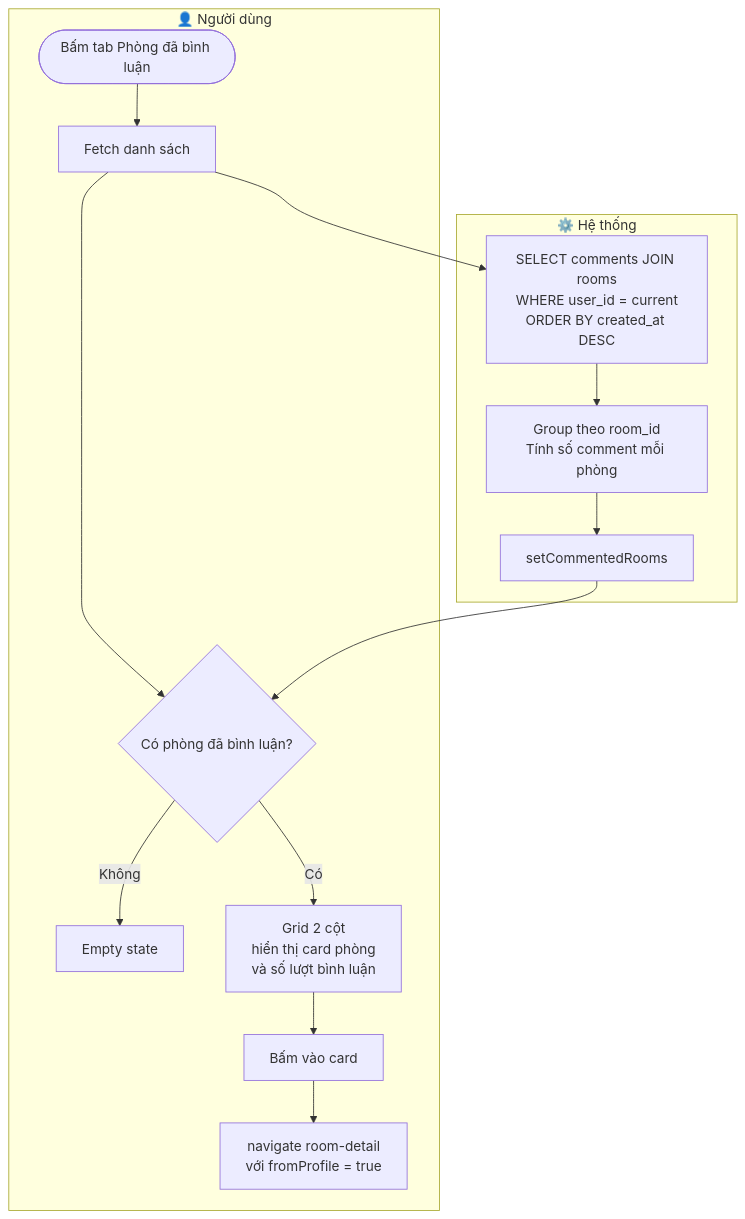
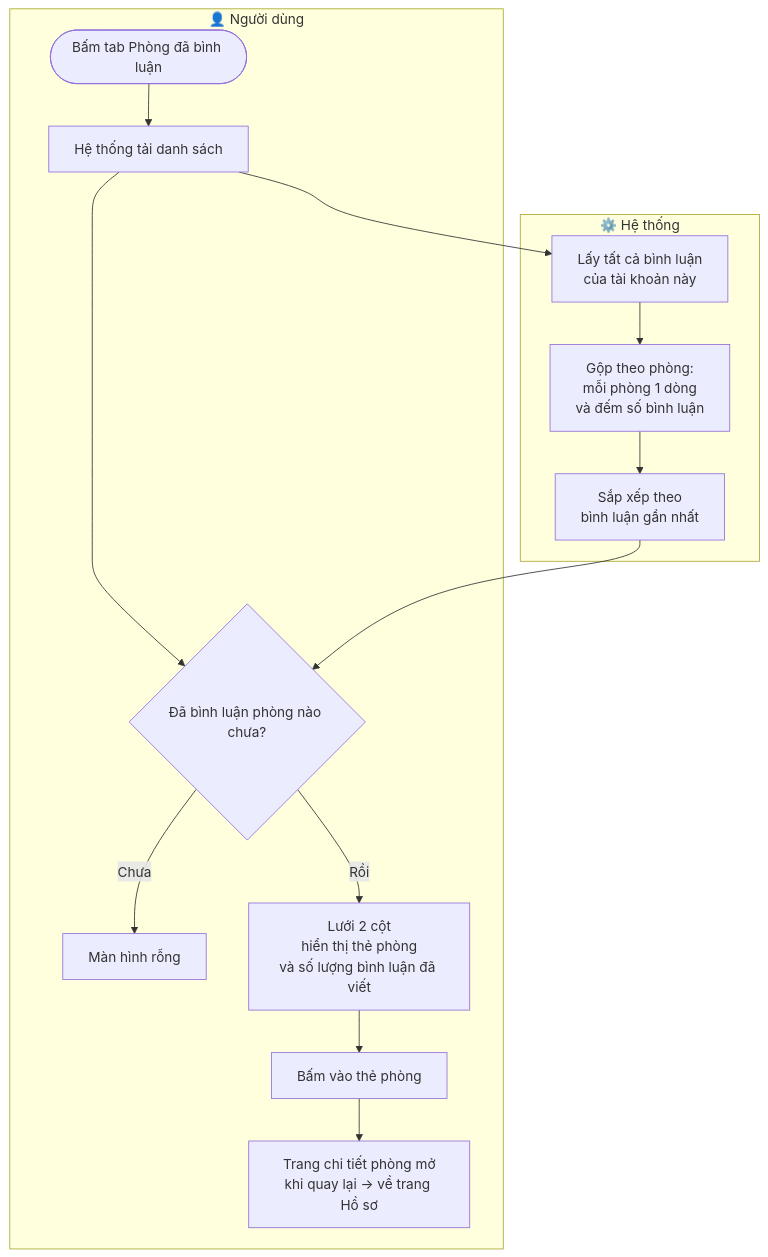
Before and after one commit to natelyt12/trotot: the fifth of 8 diagrams in prj_workflows/05_profile_workflow.md, drawn with Mermaid. The commit also changed other lines of this file and 5 other files, not shown here.

````diff
--- a/prj_workflows/05_profile_workflow.md
+++ b/prj_workflows/05_profile_workflow.md
@@ -123,18 +122,18 @@
 ```mermaid
 flowchart TD
     subgraph USER["👤 Người dùng"]
-        A([Bấm tab Phòng đã bình luận]) --> B[Fetch danh sách]
-        B --> C{Có phòng đã bình luận?}
-        C -- Không --> D[Empty state]
-        C -- Có --> E[Grid 2 cột\nhiển thị card phòng\nvà số lượt bình luận]
-        E --> F[Bấm vào card]
-        F --> G[navigate room-detail\nvới fromProfile = true]
+        A([Bấm tab Phòng đã bình luận]) --> B[Hệ thống tải danh sách]
+        B --> C{Đã bình luận phòng nào chưa?}
+        C -- Chưa --> D[Màn hình rỗng]
+        C -- Rồi --> E[Lưới 2 cột\nhiển thị thẻ phòng\nvà số lượng bình luận đã viết]
+        E --> F[Bấm vào thẻ phòng]
+        F --> G[Trang chi tiết phòng mở\nkhi quay lại → về trang Hồ sơ]
     end
 
     subgraph SYSTEM["⚙️ Hệ thống"]
-        B --> H[SELECT comments JOIN rooms\nWHERE user_id = current\nORDER BY created_at DESC]
-        H --> I[Group theo room_id\nTính số comment mỗi phòng]
-        I --> J[setCommentedRooms]
+        B --> H[Lấy tất cả bình luận\ncủa tài khoản này]
+        H --> I[Gộp theo phòng:\nmỗi phòng 1 dòng\nvà đếm số bình luận]
+        I --> J[Sắp xếp theo\nbình luận gần nhất]
         J --> C
     end
 ```
````
